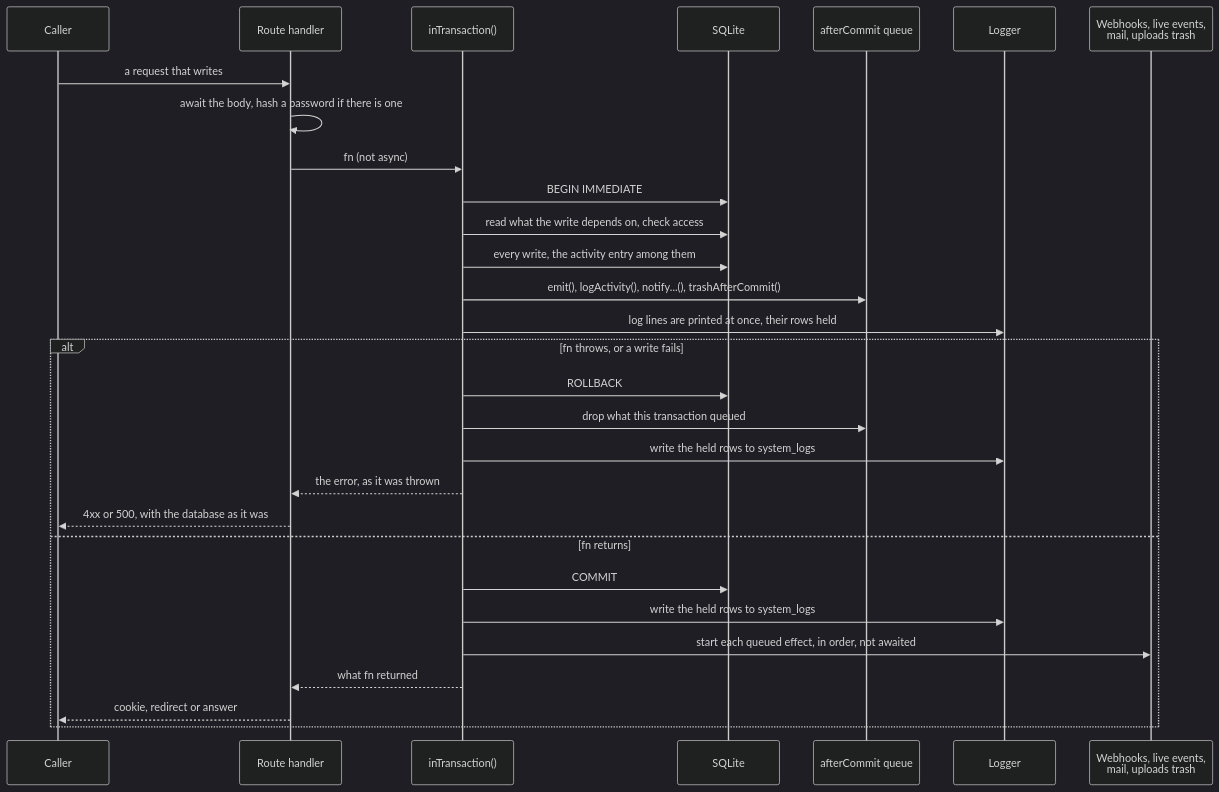
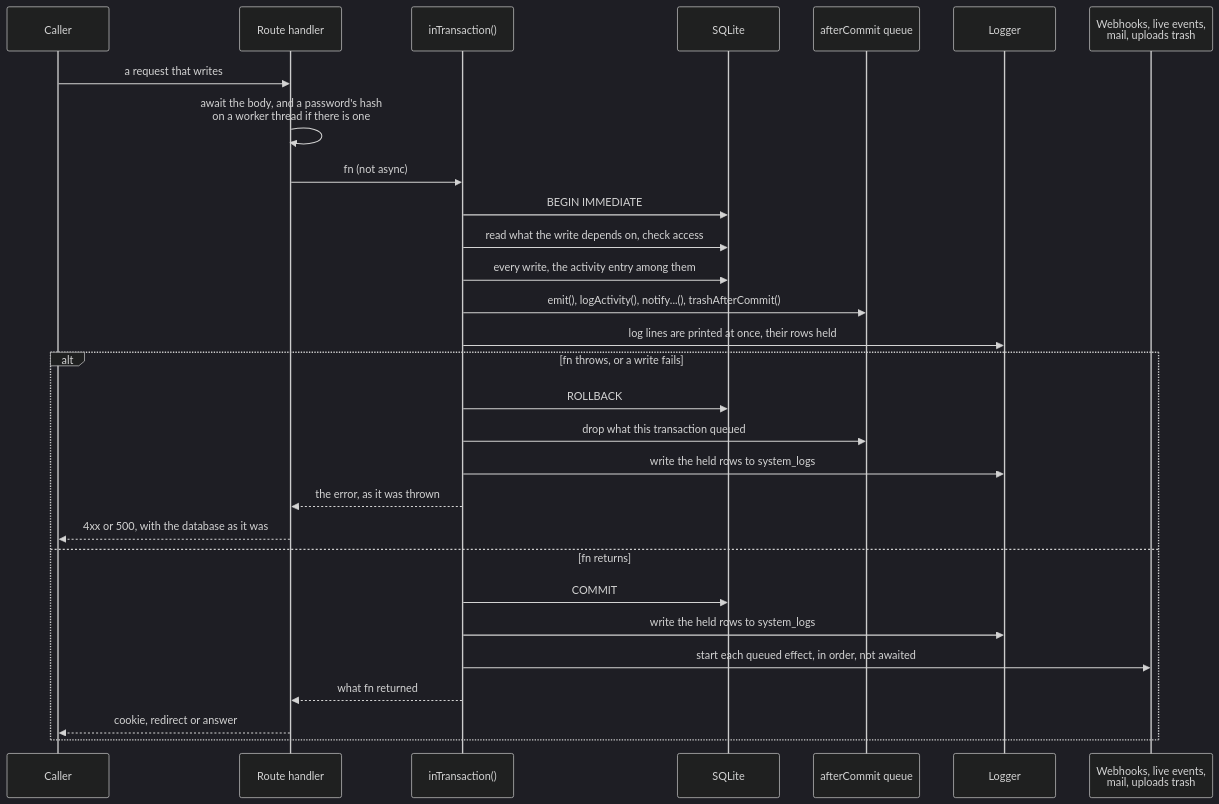
One commit to gitBoon/DumpFire changed diagram 13 of 17 in docs/architecture.md. Above: the diagram before and after it, drawn with Mermaid (dark theme). The commit also changed other lines of this file and 39 other files, not shown here.

````diff
--- a/docs/architecture.md
+++ b/docs/architecture.md
@@ -706,32 +731,32 @@
 ```mermaid
 sequenceDiagram
     participant C as Caller
     participant R as Route handler
     participant T as inTransaction()
     participant DB as SQLite
     participant Q as afterCommit queue
     participant L as Logger
     participant O as Webhooks, live events,<br/>mail, uploads trash
 
     C->>R: a request that writes
-    R->>R: await the body, hash a password if there is one
+    R->>R: await the body, and a password's hash<br/>on a worker thread if there is one
     R->>T: fn (not async)
     T->>DB: BEGIN IMMEDIATE
     T->>DB: read what the write depends on, check access
     T->>DB: every write, the activity entry among them
     T->>Q: emit(), logActivity(), notify...(), trashAfterCommit()
     T->>L: log lines are printed at once, their rows held
     alt fn throws, or a write fails
         T->>DB: ROLLBACK
         T->>Q: drop what this transaction queued
         T->>L: write the held rows to system_logs
         T-->>R: the error, as it was thrown
         R-->>C: 4xx or 500, with the database as it was
     else fn returns
         T->>DB: COMMIT
         T->>L: write the held rows to system_logs
         T->>O: start each queued effect, in order, not awaited
         T-->>R: what fn returned
         R-->>C: cookie, redirect or answer
     end
 ```
````
